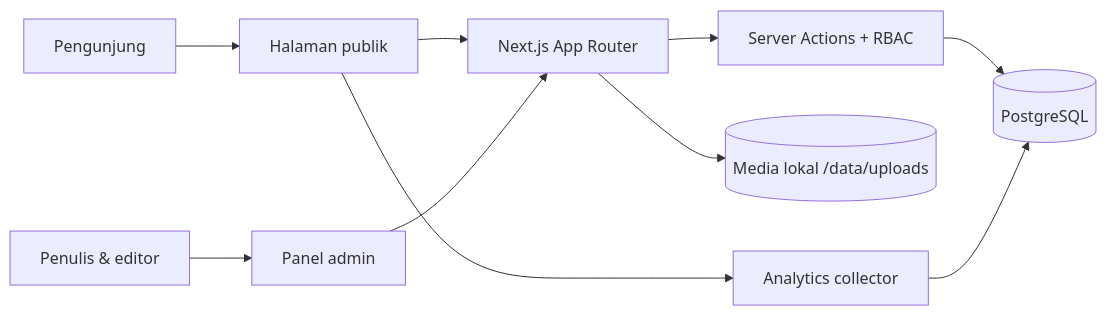
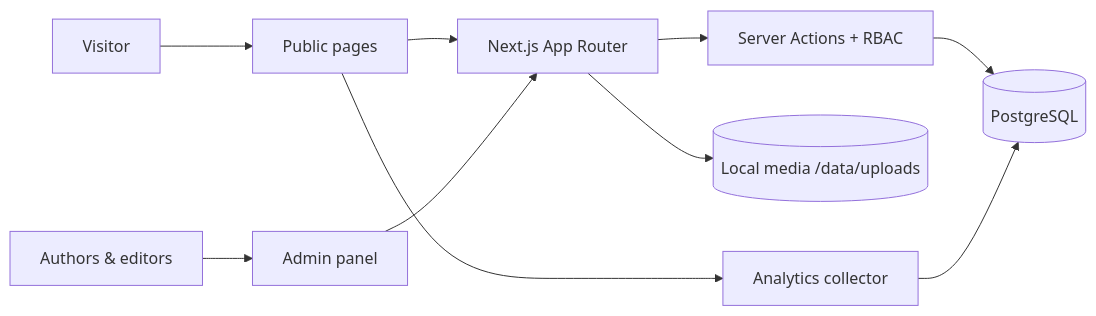
One commit to syarifmaulanamm/cmsplate changed the diagram in README.md. Above: the diagram before and after it, drawn with Mermaid. The commit also changed other lines of this file and 2 other files, not shown here.

````diff
--- a/README.md
+++ b/README.md
@@ -183,12 +183,12 @@
 ```mermaid
 flowchart LR
-  V[Pengunjung] --> P[Halaman publik]
-  A[Penulis & editor] --> D[Panel admin]
+  V[Visitor] --> P[Public pages]
+  A[Authors & editors] --> D[Admin panel]
   P --> N[Next.js App Router]
   D --> N
   N --> S[Server Actions + RBAC]
   S --> DB[(PostgreSQL)]
-  N --> M[(Media lokal /data/uploads)]
+  N --> M[(Local media /data/uploads)]
   P --> C[Analytics collector]
   C --> DB
 ```
````
